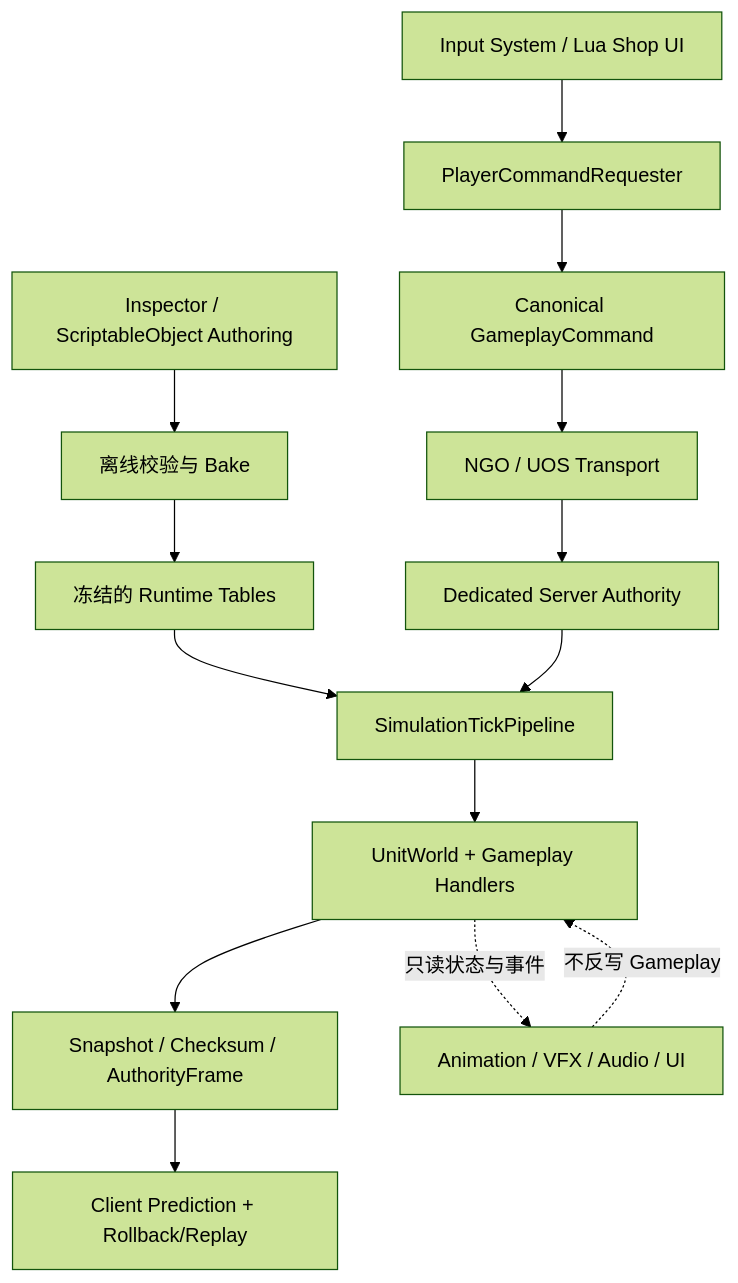
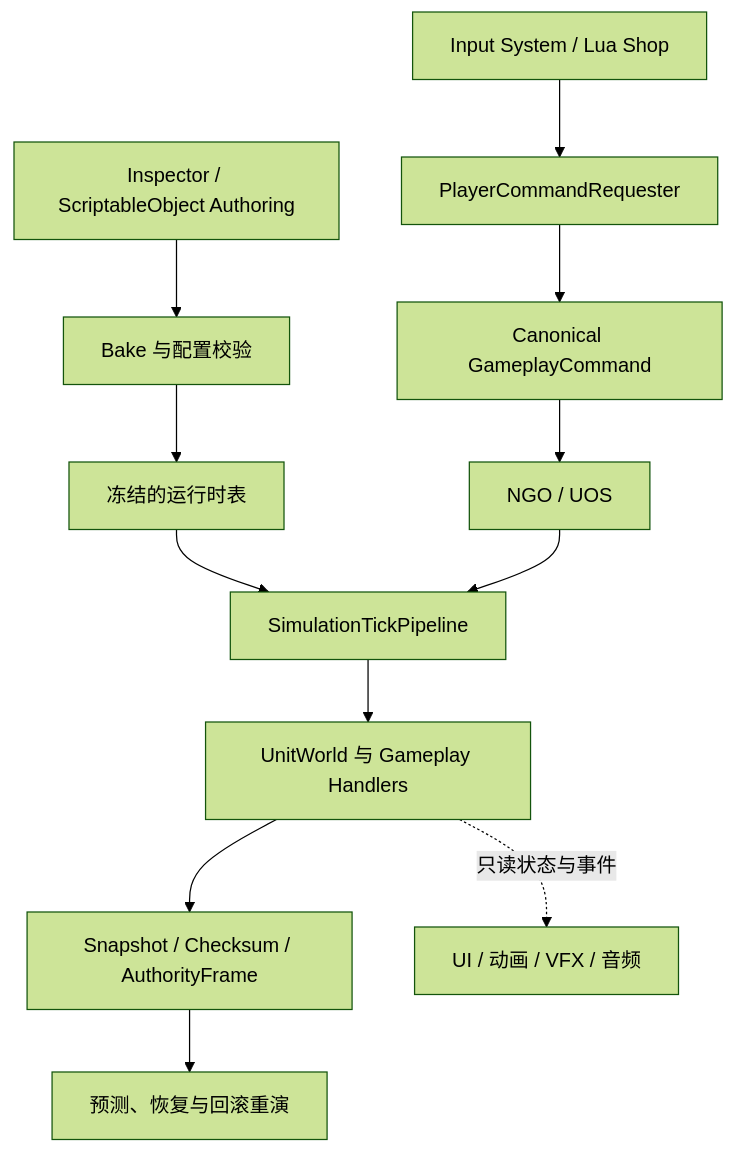
The first of 9 diagrams in README.md (Mosya-CX/FrameSyncMobaDemo), drawn with Mermaid (forest theme) before and after one commit. The commit also changed other lines of this file, not shown here.

````diff
--- a/README.md
+++ b/README.md
@@ -118,19 +28,17 @@
 ```mermaid
 flowchart TB
-    Authoring["Inspector / ScriptableObject Authoring"] --> Bake["离线校验与 Bake"]
-    Bake --> Config["冻结的 Runtime Tables"]
+    Authoring[Inspector / ScriptableObject Authoring] --> Bake[Bake 与配置校验]
+    Bake --> Runtime[冻结的运行时表]
 
-    Input["Input System / Lua Shop UI"] --> Requester["PlayerCommandRequester"]
-    Requester --> Command["Canonical GameplayCommand"]
-    Command --> NGO["NGO / UOS Transport"]
-    NGO --> Server["Dedicated Server Authority"]
+    Input[Input System / Lua Shop] --> Requester[PlayerCommandRequester]
+    Requester --> Command[Canonical GameplayCommand]
+    Command --> Network[NGO / UOS]
 
-    Config --> Pipeline["SimulationTickPipeline"]
-    Server --> Pipeline
-    Pipeline --> UnitWorld["UnitWorld + Gameplay Handlers"]
-    UnitWorld --> Snapshot["Snapshot / Checksum / AuthorityFrame"]
-    Snapshot --> Rollback["Client Prediction + Rollback/Replay"]
+    Runtime --> Pipeline[SimulationTickPipeline]
+    Network --> Pipeline
+    Pipeline --> World[UnitWorld 与 Gameplay Handlers]
+    World --> Sync[Snapshot / Checksum / AuthorityFrame]
+    Sync --> Rollback[预测、恢复与回滚重演]
 
-    UnitWorld -.只读状态与事件.-> Presentation["Animation / VFX / Audio / UI"]
-    Presentation -.不反写 Gameplay.-> UnitWorld
+    World -.只读状态与事件.-> Presentation[UI / 动画 / VFX / 音频]
 ```
````
